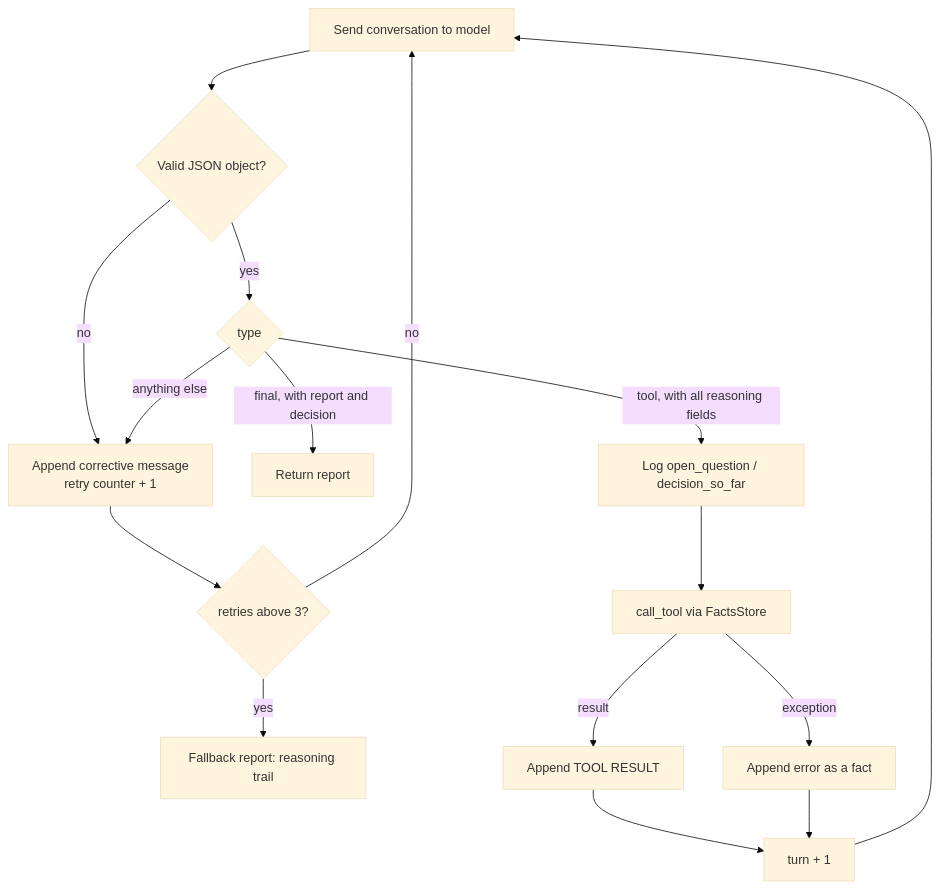
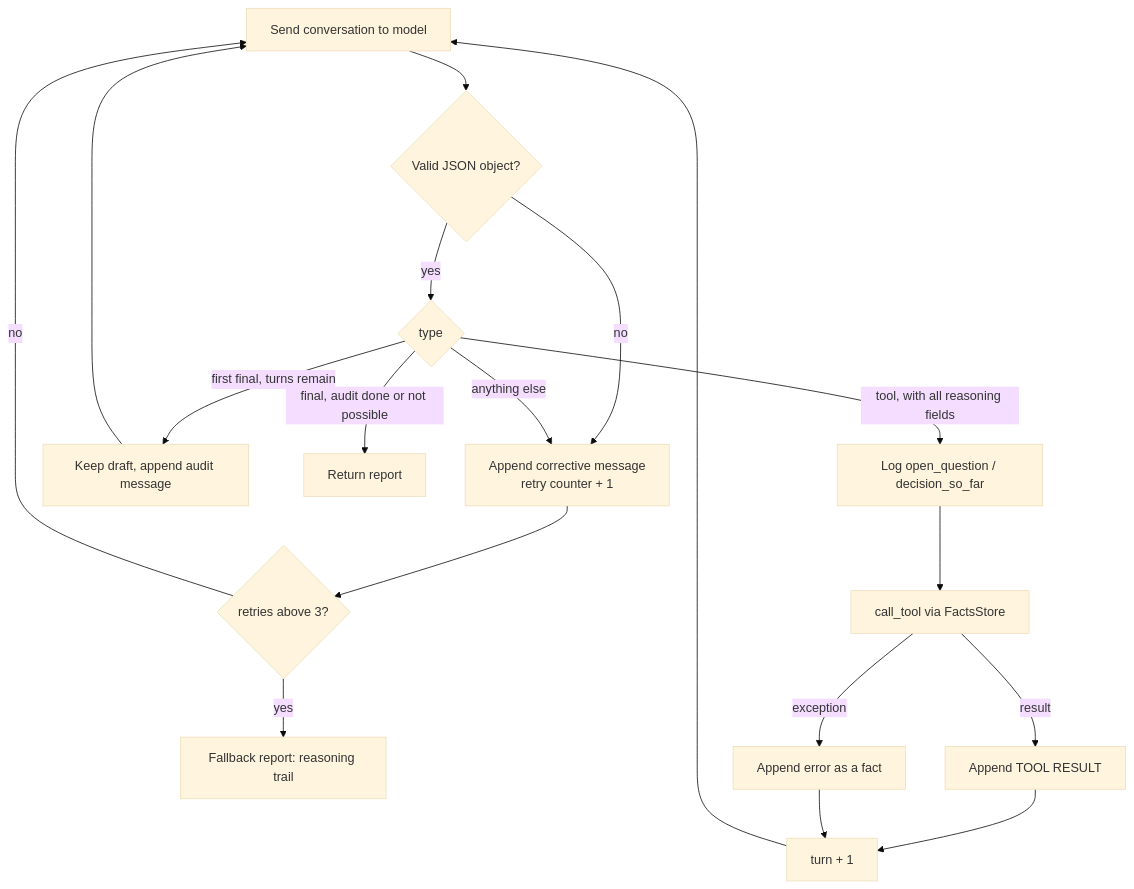
Before and after one commit to NoahVelez/chess-coach-agent: the second of 3 diagrams in docs/agent-loop.md, drawn with Mermaid (base theme). The commit also changed other lines of this file and 8 other files, not shown here.

Commit message:
Default to gpt-5.4-mini, strengthen audit standards, docs and README for audit/transcripts; add sample report

````diff
--- a/docs/agent-loop.md
+++ b/docs/agent-loop.md
@@ -52,18 +54,20 @@
 ```mermaid
 flowchart TD
     A["Send conversation to model"] --> B{"Valid JSON object?"}
     B -->|"no"| R["Append corrective message<br/>retry counter + 1"]
     R --> Q{"retries above 3?"}
     Q -->|"no"| A
     Q -->|"yes"| F["Fallback report: reasoning trail"]
     B -->|"yes"| C{"type"}
-    C -->|"final, with report and decision"| D["Return report"]
+    C -->|"first final, turns remain"| AU["Keep draft, append audit message"]
+    AU --> A
+    C -->|"final, audit done or not possible"| D["Return report"]
     C -->|"tool, with all reasoning fields"| E["Log open_question / decision_so_far"]
     C -->|"anything else"| R
     E --> G["call_tool via FactsStore"]
     G -->|"result"| H["Append TOOL RESULT"]
     G -->|"exception"| I["Append error as a fact"]
     H --> J["turn + 1"]
     I --> J
     J --> A
 ```
````
